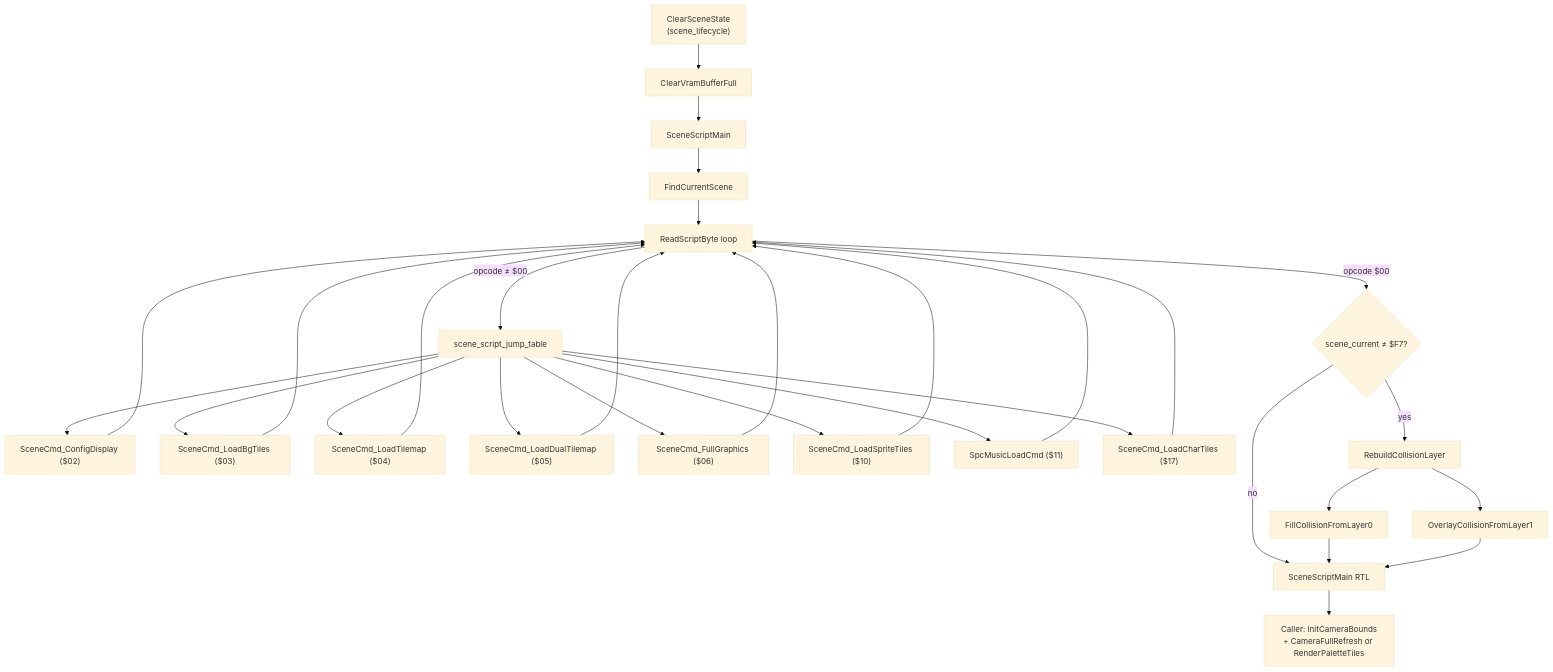
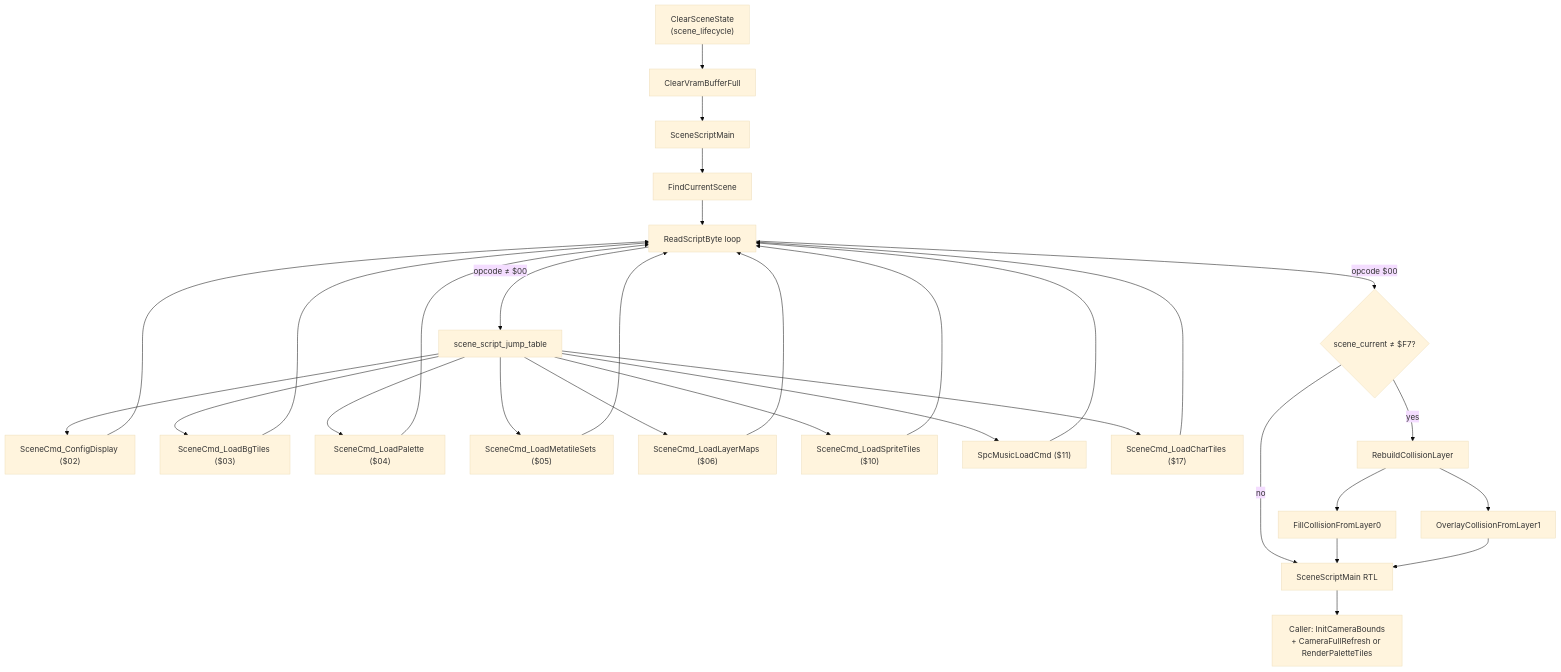
One commit to Azarem/gaia-iog-baserom changed the first of 2 diagrams in docs/code/bank02/scene-script.md. Above: the diagram before and after it, drawn with Mermaid (base theme). The commit also changed other lines of this file and 292 other files, not shown here.

````diff
--- a/docs/code/bank02/scene-script.md
+++ b/docs/code/bank02/scene-script.md
@@ -17,32 +17,32 @@
 ```mermaid
 flowchart TD
     ClearSceneState["ClearSceneState<br/>(scene_lifecycle)"] --> ClearVram["ClearVramBufferFull"]
     ClearVram --> SSM["SceneScriptMain"]
     SSM --> FCS["FindCurrentScene"]
     FCS --> Loop["ReadScriptByte loop"]
     Loop -->|"opcode ≠ $00"| Dispatch["scene_script_jump_table"]
     Dispatch --> ConfigDisplay["SceneCmd_ConfigDisplay ($02)"]
     Dispatch --> LoadBg["SceneCmd_LoadBgTiles ($03)"]
-    Dispatch --> LoadTilemap["SceneCmd_LoadTilemap ($04)"]
-    Dispatch --> LoadDual["SceneCmd_LoadDualTilemap ($05)"]
-    Dispatch --> FullGfx["SceneCmd_FullGraphics ($06)"]
+    Dispatch --> LoadTilemap["SceneCmd_LoadPalette ($04)"]
+    Dispatch --> LoadDual["SceneCmd_LoadMetatileSets ($05)"]
+    Dispatch --> FullGfx["SceneCmd_LoadLayerMaps ($06)"]
     Dispatch --> LoadSprite["SceneCmd_LoadSpriteTiles ($10)"]
     Dispatch --> SpcMusic["SpcMusicLoadCmd ($11)"]
     Dispatch --> LoadChar["SceneCmd_LoadCharTiles ($17)"]
     ConfigDisplay --> Loop
     LoadBg --> Loop
     LoadTilemap --> Loop
     LoadDual --> Loop
     FullGfx --> Loop
     LoadSprite --> Loop
     SpcMusic --> Loop
     LoadChar --> Loop
     Loop -->|"opcode $00"| EndCheck{"scene_current ≠ $F7?"}
     EndCheck -->|yes| RLD["RebuildCollisionLayer"]
     EndCheck -->|no| ScriptDone["SceneScriptMain RTL"]
     RLD --> ReloadL0["FillCollisionFromLayer0"]
     RLD --> ReloadL1["OverlayCollisionFromLayer1"]
     ReloadL0 --> ScriptDone
     ReloadL1 --> ScriptDone
     ScriptDone --> PostLoad["Caller: InitCameraBounds<br/>+ CameraFullRefresh or RenderPaletteTiles"]
 ```
````
